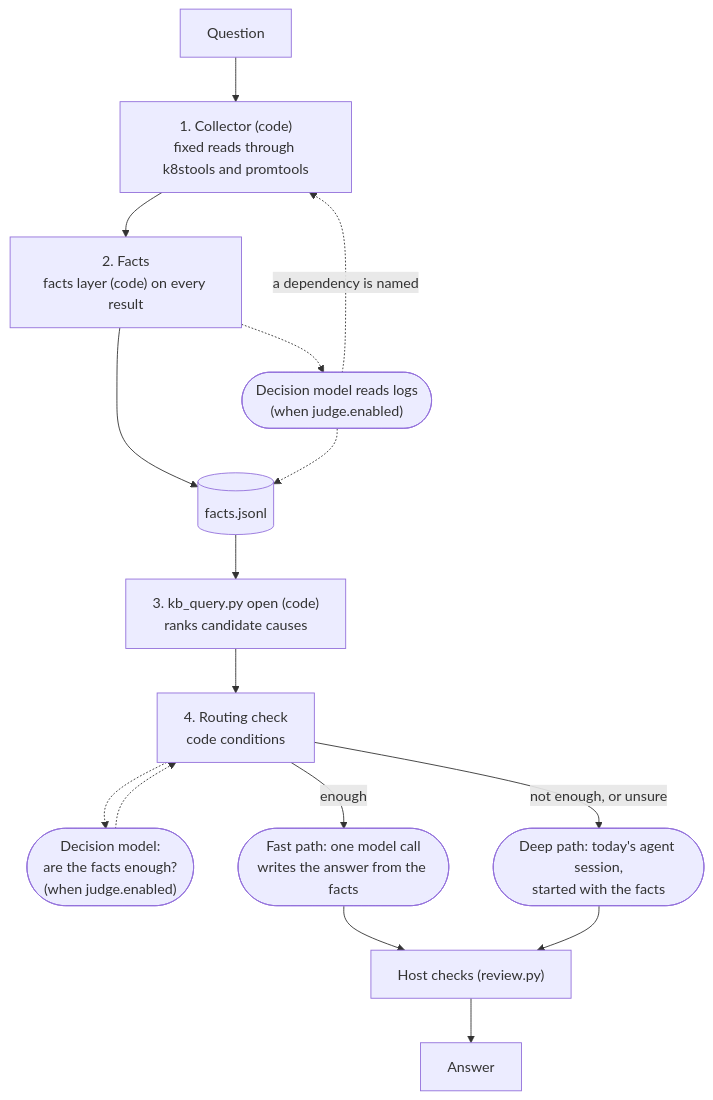
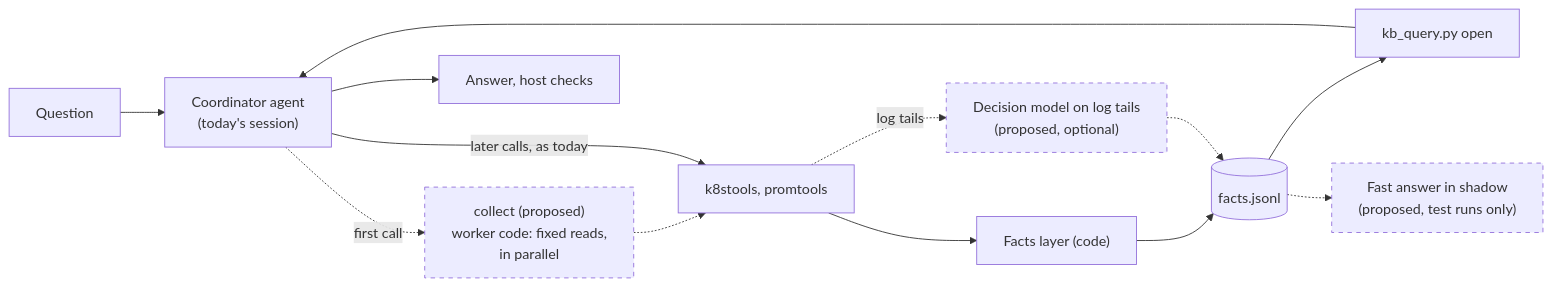
Before and after one commit to BenedatLLC/k8srca: the second of 2 diagrams in designs/011-decision-models.md, drawn with Mermaid. The commit also changed other lines of this file and 8 other files, not shown here.

````diff
--- a/designs/011-decision-models.md
+++ b/designs/011-decision-models.md
@@ -207,25 +226,22 @@
 ```mermaid
-flowchart TD
+flowchart LR
   Q["Question"]
-  COL["1. Collector (code)<br/>fixed reads through k8stools and promtools"]
-  EXT["2. Facts<br/>facts layer (code) on every result"]
-  JX(["Decision model reads logs<br/>(when judge.enabled)"])
+  A["Coordinator agent<br/>(today's session)"]
+  COL["collect (proposed)<br/>worker code: fixed reads,<br/>in parallel"]:::planned
+  T["k8stools, promtools"]
+  F["Facts layer (code)"]
+  JD["Decision model on log tails<br/>(proposed, optional)"]:::planned
   FL[("facts.jsonl")]
-  OPEN["3. kb_query.py open (code)<br/>ranks candidate causes"]
-  RC["4. Routing check<br/>code conditions"]
-  JR(["Decision model:<br/>are the facts enough?<br/>(when judge.enabled)"])
-  FAST(["Fast path: one model call<br/>writes the answer from the facts"])
-  DEEP(["Deep path: today's agent session,<br/>started with the facts"])
-  CHK["Host checks (review.py)"]
-  S["Answer"]
-  Q --> COL --> EXT --> FL
-  EXT -.-> JX -.-> FL
-  JX -. "a dependency is named" .-> COL
-  FL --> OPEN --> RC
-  RC -.-> JR -.-> RC
-  RC -- "enough" --> FAST
-  RC -- "not enough, or unsure" --> DEEP
-  FAST --> CHK
-  DEEP --> CHK
-  CHK --> S
+  O["kb_query.py open"]
+  S["Answer, host checks"]
+  SH["Fast answer in shadow<br/>(proposed, test runs only)"]:::planned
+  Q --> A
+  A -. "first call" .-> COL
+  COL -.-> T
+  A -- "later calls, as today" --> T
+  T --> F --> FL
+  T -. "log tails" .-> JD -.-> FL
+  FL --> O --> A --> S
+  FL -.-> SH
+  classDef planned stroke-dasharray: 5 5
 ```
````
